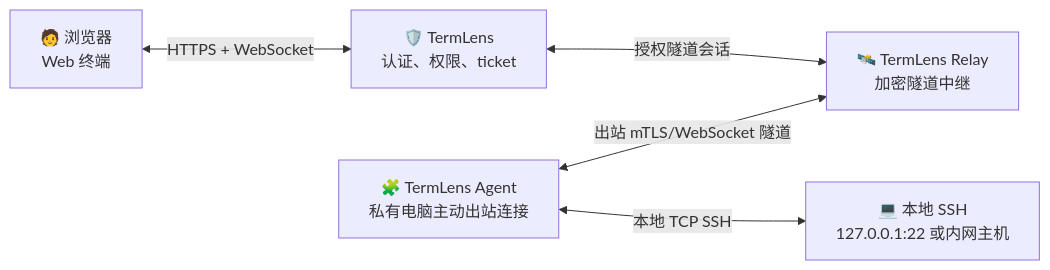
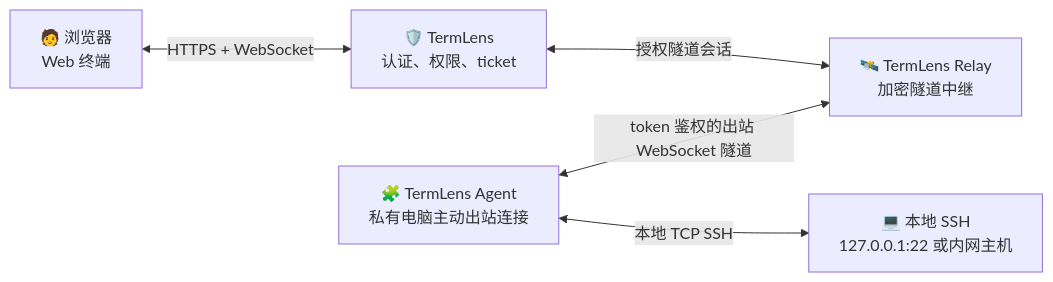
Before and after one commit to difflens-io/termlens: the first of 2 diagrams in ROADMAP.zh-CN.md, drawn with Mermaid. The commit also changed other lines of this file and 17 other files, not shown here.

````diff
--- a/ROADMAP.zh-CN.md
+++ b/ROADMAP.zh-CN.md
@@ -45,13 +45,13 @@
 ```mermaid
 flowchart LR
   Browser["🧑 浏览器<br/>Web 终端"]
   TermLens["🛡️ TermLens<br/>认证、权限、ticket"]
   Relay["🛰️ TermLens Relay<br/>加密隧道中继"]
   Agent["🧩 TermLens Agent<br/>私有电脑主动出站连接"]
   LocalSSH["💻 本地 SSH<br/>127.0.0.1:22 或内网主机"]
 
   Browser <-->|HTTPS + WebSocket| TermLens
   TermLens <-->|授权隧道会话| Relay
-  Agent <-->|出站 mTLS/WebSocket 隧道| Relay
+  Agent <-->|token 鉴权的出站 WebSocket 隧道| Relay
   Agent <-->|本地 TCP SSH| LocalSSH
 ```
````
